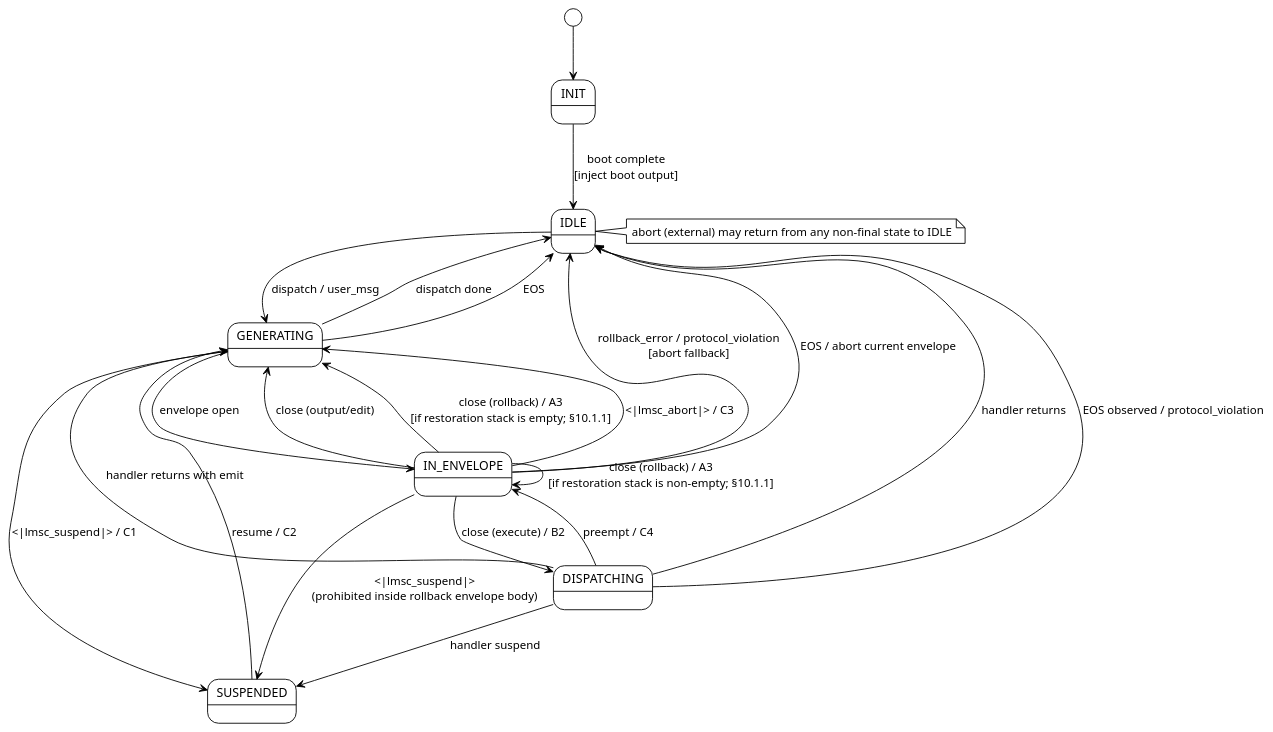
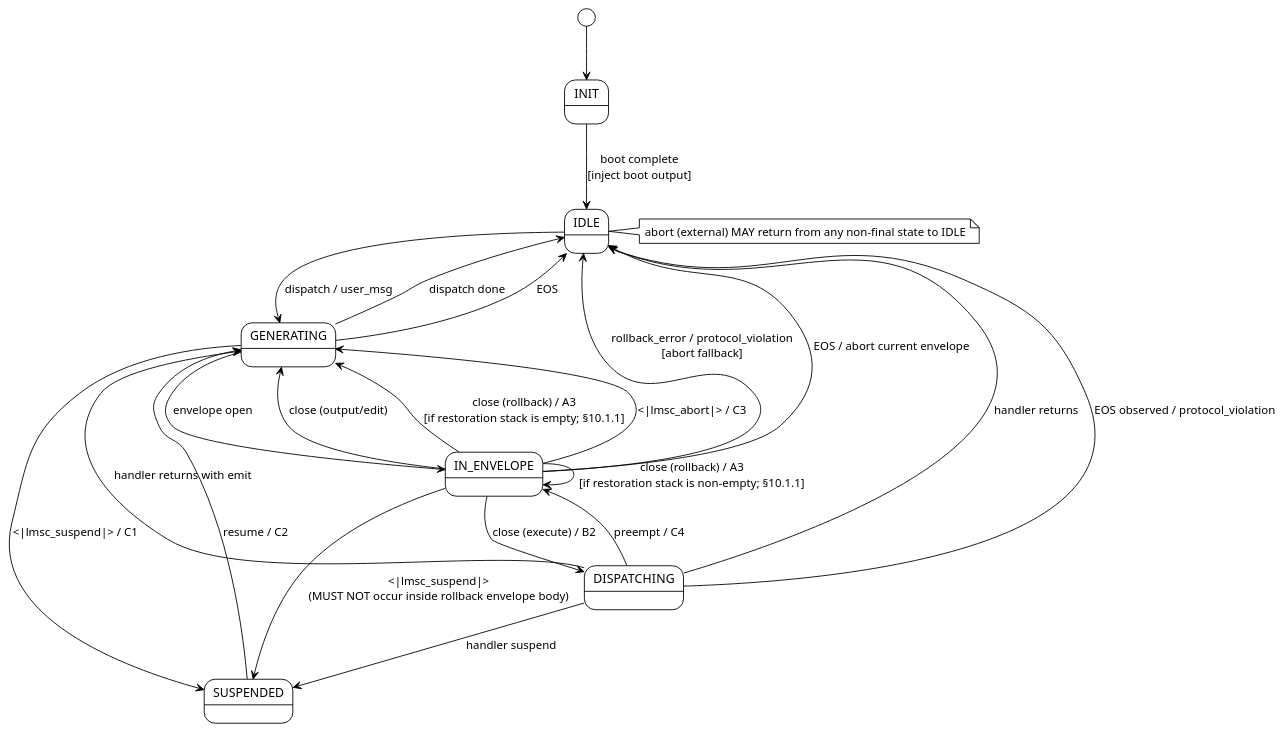
One commit to dianzinao/lmsc-kernel-spec changed the fourth of 4 diagrams in LMSC-KERNEL-SPEC-DRAFT-01-EN.md. Above: the diagram before and after it, drawn with PlantUML. The commit also changed other lines of this file, not shown here.

````diff
--- a/LMSC-KERNEL-SPEC-DRAFT-01-EN.md
+++ b/LMSC-KERNEL-SPEC-DRAFT-01-EN.md
@@ -1493,39 +1483,39 @@
 ```plantuml
 @startuml
 !theme plain
 skinparam shadowing false
 
 [*] --> INIT
 INIT --> IDLE : boot complete\n[inject boot output]
 
 IDLE --> GENERATING : dispatch / user_msg
 GENERATING --> IDLE : dispatch done
 
 GENERATING --> IN_ENVELOPE : envelope open
 IN_ENVELOPE --> GENERATING : close (output/edit)
 IN_ENVELOPE --> DISPATCHING : close (execute) / B2
 IN_ENVELOPE --> GENERATING : close (rollback) / A3\n[if restoration stack is empty; §10.1.1]
 IN_ENVELOPE --> IN_ENVELOPE : close (rollback) / A3\n[if restoration stack is non-empty; §10.1.1]
 IN_ENVELOPE --> IDLE : rollback_error / protocol_violation\n[abort fallback]
 
 DISPATCHING --> IDLE : handler returns
 DISPATCHING --> GENERATING : handler returns with emit
 DISPATCHING --> IN_ENVELOPE : preempt / C4
 
 GENERATING --> IDLE : EOS
 IN_ENVELOPE --> IDLE : EOS / abort current envelope
 DISPATCHING --> IDLE : EOS observed / protocol_violation
 
 IN_ENVELOPE --> GENERATING : <|lmsc_abort|> / C3
 
 state SUSPENDED
 GENERATING --> SUSPENDED : <|lmsc_suspend|> / C1
-IN_ENVELOPE --> SUSPENDED : <|lmsc_suspend|>\n(prohibited inside rollback envelope body)
+IN_ENVELOPE --> SUSPENDED : <|lmsc_suspend|>\n(MUST NOT occur inside rollback envelope body)
 DISPATCHING --> SUSPENDED : handler suspend
 SUSPENDED --> GENERATING : resume / C2
 
 note right of IDLE
- abort (external) may return from any non-final state to IDLE
+ abort (external) MAY return from any non-final state to IDLE
 end note
 @enduml
 ```
````
